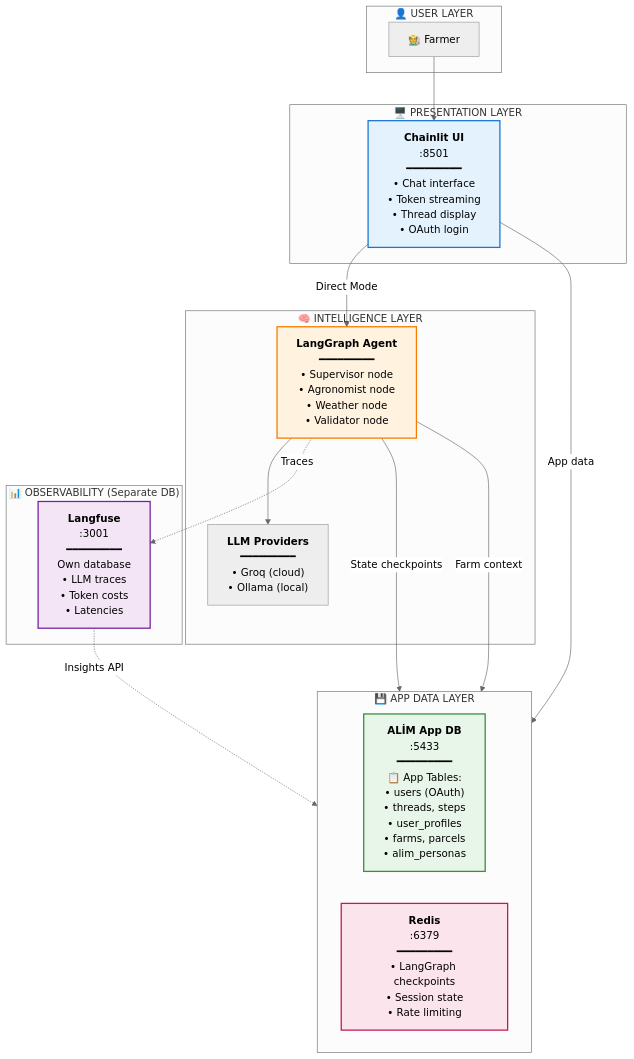
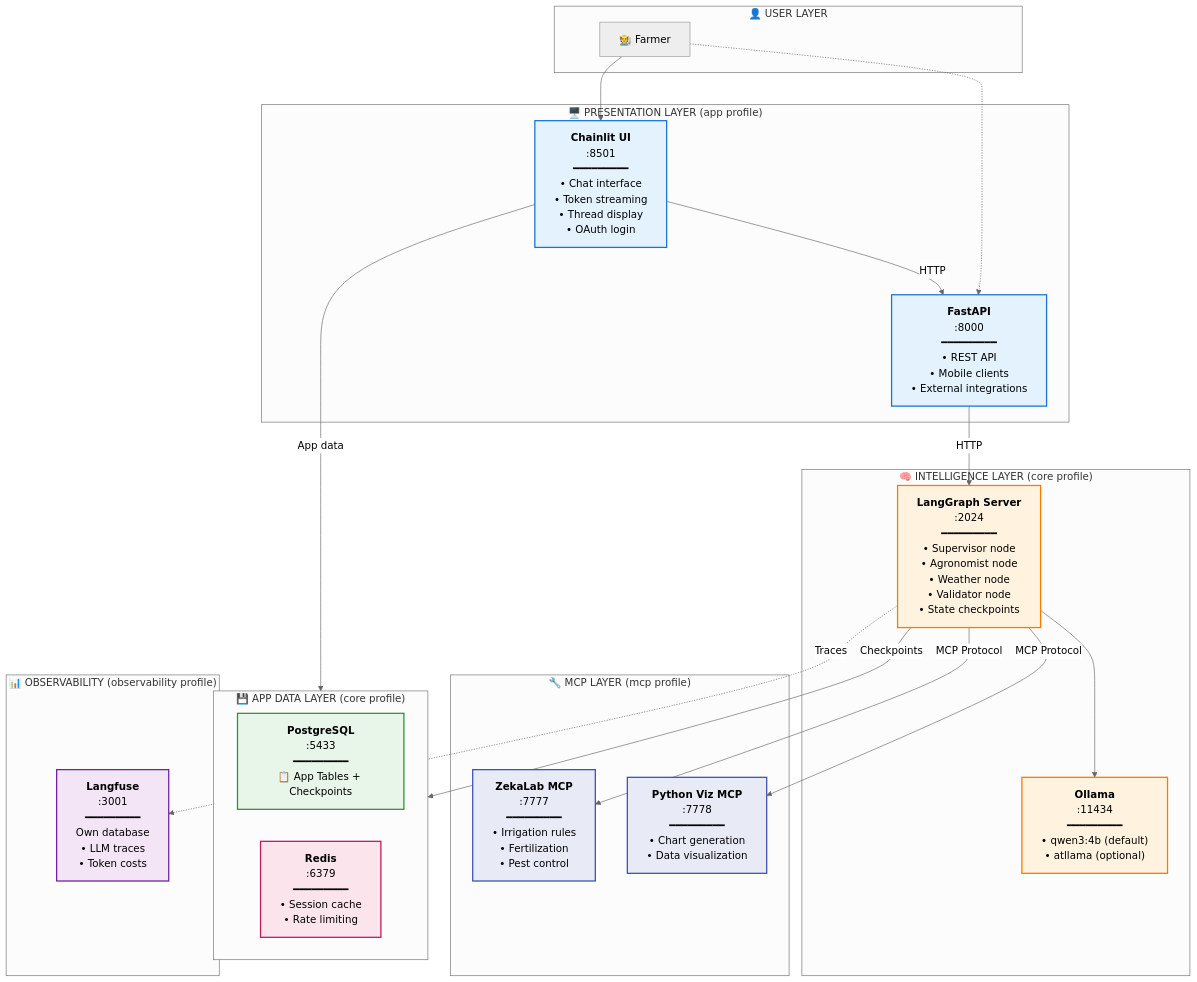
Before and after one commit to Px8Studio/yonja: the second of 7 diagrams in docs/zekalab/03-ARCHITECTURE.md, drawn with Mermaid. The commit also changed other lines of this file and 18 other files, not shown here.

Commit message:
fix: Update task details and dependencies for ALİM tasks; enhance user creation handling in data layer; improve event loop configuration for Windows

````diff
--- a/docs/zekalab/03-ARCHITECTURE.md
+++ b/docs/zekalab/03-ARCHITECTURE.md
@@ -84,41 +84,53 @@
 ```mermaid
 %%{init: {'theme': 'neutral'}}%%
 flowchart TB
     subgraph user["👤 USER LAYER"]
         farmer["🧑‍🌾 Farmer"]
     end
 
-    subgraph ui["🖥️ PRESENTATION LAYER"]
+    subgraph ui["🖥️ PRESENTATION LAYER (app profile)"]
         chainlit["<b>Chainlit UI</b><br/>:8501<br/>━━━━━━━━━<br/>• Chat interface<br/>• Token streaming<br/>• Thread display<br/>• OAuth login"]
+        fastapi["<b>FastAPI</b><br/>:8000<br/>━━━━━━━━━<br/>• REST API<br/>• Mobile clients<br/>• External integrations"]
     end
 
-    subgraph brain["🧠 INTELLIGENCE LAYER"]
-        langgraph["<b>LangGraph Agent</b><br/>━━━━━━━━━<br/>• Supervisor node<br/>• Agronomist node<br/>• Weather node<br/>• Validator node"]
-        llm["<b>LLM Providers</b><br/>━━━━━━━━━<br/>• Groq (cloud)<br/>• Ollama (local)"]
+    subgraph brain["🧠 INTELLIGENCE LAYER (core profile)"]
+        langgraph["<b>LangGraph Server</b><br/>:2024<br/>━━━━━━━━━<br/>• Supervisor node<br/>• Agronomist node<br/>• Weather node<br/>• Validator node<br/>• State checkpoints"]
+        llm["<b>Ollama</b><br/>:11434<br/>━━━━━━━━━<br/>• qwen3:4b (default)<br/>• atllama (optional)"]
     end
 
-    subgraph data["💾 APP DATA LAYER"]
-        direction LR
-        postgres["<b>ALİM App DB</b><br/>:5433<br/>━━━━━━━━━<br/>📋 App Tables:<br/>• users (OAuth)<br/>• threads, steps<br/>• user_profiles<br/>• farms, parcels<br/>• alim_personas"]
-        redis["<b>Redis</b><br/>:6379<br/>━━━━━━━━━<br/>• LangGraph checkpoints<br/>• Session state<br/>• Rate limiting"]
+    subgraph mcp["🔧 MCP LAYER (mcp profile)"]
+        zekalab["<b>ZekaLab MCP</b><br/>:7777<br/>━━━━━━━━━<br/>• Irrigation rules<br/>• Fertilization<br/>• Pest control"]
+        pythonviz["<b>Python Viz MCP</b><br/>:7778<br/>━━━━━━━━━<br/>• Chart generation<br/>• Data visualization"]
     end
 
-    subgraph observe["📊 OBSERVABILITY (Separate DB)"]
-        langfuse["<b>Langfuse</b><br/>:3001<br/>━━━━━━━━━<br/>Own database<br/>• LLM traces<br/>• Token costs<br/>• Latencies"]
+    subgraph data["💾 APP DATA LAYER (core profile)"]
+        direction LR
+        postgres["<b>PostgreSQL</b><br/>:5433<br/>━━━━━━━━━<br/>📋 App Tables + Checkpoints"]
+        redis["<b>Redis</b><br/>:6379<br/>━━━━━━━━━<br/>• Session cache<br/>• Rate limiting"]
+    end
+
+    subgraph observe["📊 OBSERVABILITY (observability profile)"]
+        langfuse["<b>Langfuse</b><br/>:3001<br/>━━━━━━━━━<br/>Own database<br/>• LLM traces<br/>• Token costs"]
     end
 
     farmer --> chainlit
-    chainlit --> |"Direct Mode"| langgraph
+    farmer -.-> fastapi
+    chainlit --> |"HTTP"| fastapi
+    fastapi --> |"HTTP"| langgraph
     langgraph --> llm
-    langgraph --> |"State checkpoints"| redis
+    langgraph --> |"MCP Protocol"| zekalab
+    langgraph --> |"MCP Protocol"| pythonviz
+    langgraph --> |"Checkpoints"| postgres
     chainlit --> |"App data"| postgres
-    langgraph --> |"Farm context"| postgres
     langgraph -.-> |"Traces"| langfuse
-    langfuse -.-> |"Insights API"| postgres
 
     style chainlit fill:#e3f2fd,stroke:#1976d2,stroke-width:2px
+    style fastapi fill:#e3f2fd,stroke:#1976d2,stroke-width:2px
     style langgraph fill:#fff3e0,stroke:#f57c00,stroke-width:2px
+    style llm fill:#fff3e0,stroke:#f57c00,stroke-width:2px
+    style zekalab fill:#e8eaf6,stroke:#3f51b5,stroke-width:2px
+    style pythonviz fill:#e8eaf6,stroke:#3f51b5,stroke-width:2px
     style postgres fill:#e8f5e9,stroke:#388e3c,stroke-width:2px
     style redis fill:#fce4ec,stroke:#c2185b,stroke-width:2px
     style langfuse fill:#f3e5f5,stroke:#7b1fa2,stroke-width:2px
 ```
````
